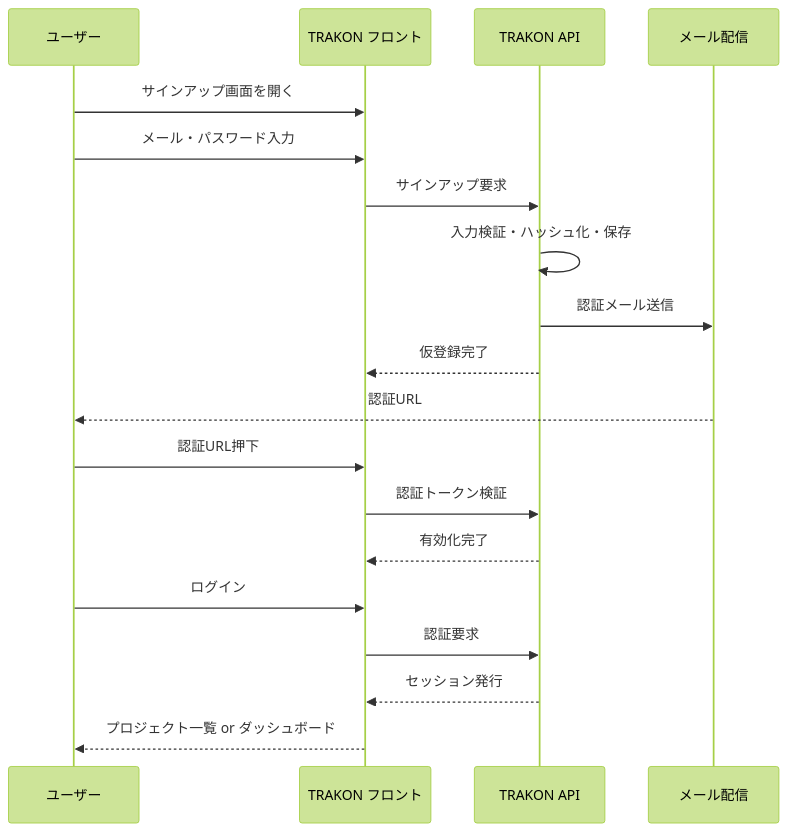
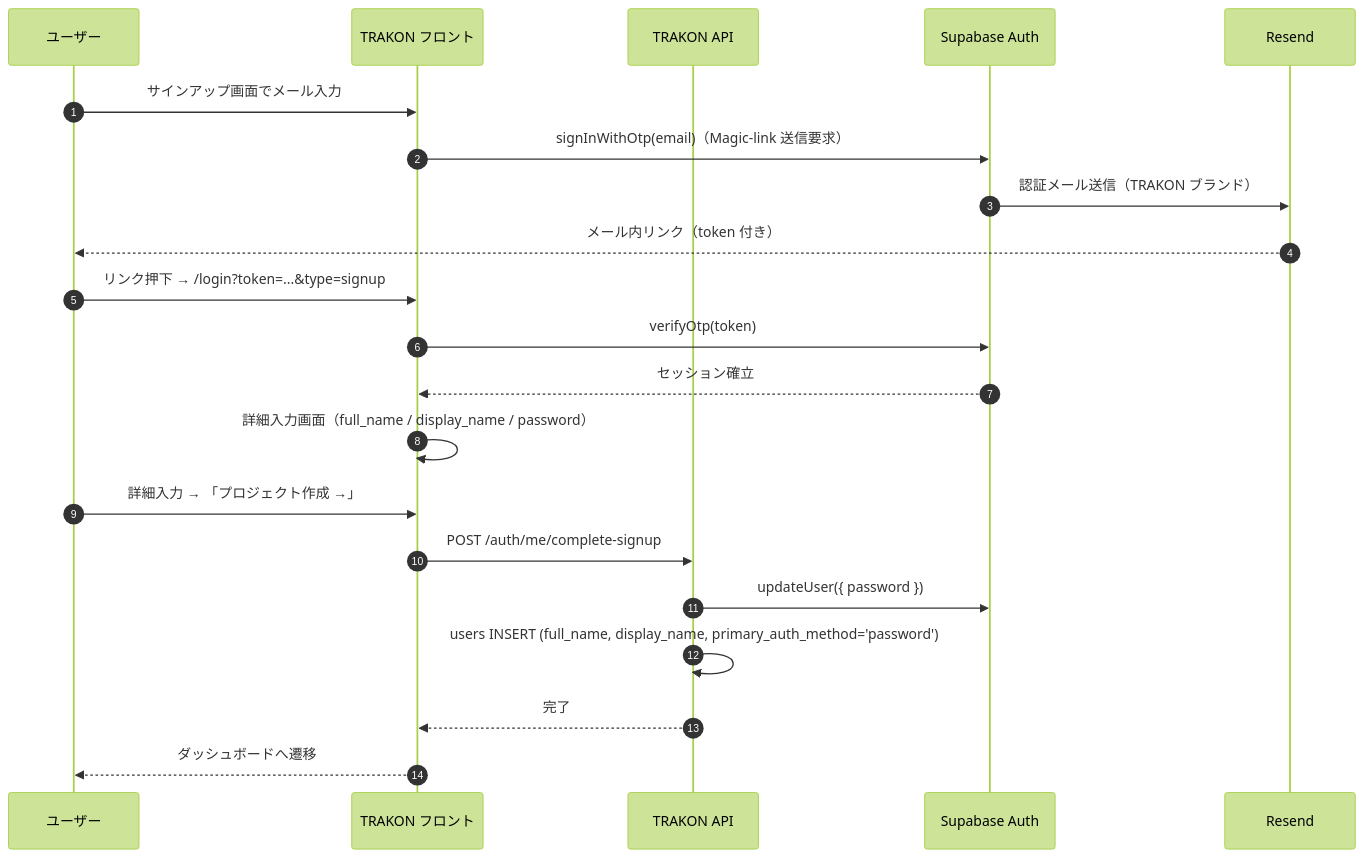
The fourth of 18 diagrams in docs/prd/trakon-prd.md (OSA-OSAMARU/trakon-app), drawn with Mermaid (forest theme) before and after one commit. The commit also changed other lines of this file and 6 other files, not shown here.

````diff
--- a/docs/prd/trakon-prd.md
+++ b/docs/prd/trakon-prd.md
@@ -612,21 +636,23 @@
 ```mermaid
 sequenceDiagram
+    autonumber
     participant U as ユーザー
     participant FE as TRAKON フロント
     participant API as TRAKON API
-    participant Mail as メール配信
-    U->>FE: サインアップ画面を開く
-    U->>FE: メール・パスワード入力
-    FE->>API: サインアップ要求
-    API->>API: 入力検証・ハッシュ化・保存
-    API->>Mail: 認証メール送信
-    API-->>FE: 仮登録完了
-    Mail-->>U: 認証URL
-    U->>FE: 認証URL押下
-    FE->>API: 認証トークン検証
-    API-->>FE: 有効化完了
-    U->>FE: ログイン
-    FE->>API: 認証要求
-    API-->>FE: セッション発行
-    FE-->>U: プロジェクト一覧 or ダッシュボード
+    participant SAuth as Supabase Auth
+    participant Mail as Resend
+    U->>FE: サインアップ画面でメール入力
+    FE->>SAuth: signInWithOtp(email)（Magic-link 送信要求）
+    SAuth->>Mail: 認証メール送信（TRAKON ブランド）
+    Mail-->>U: メール内リンク（token 付き）
+    U->>FE: リンク押下 → /login?token=...&type=signup
+    FE->>SAuth: verifyOtp(token)
+    SAuth-->>FE: セッション確立
+    FE->>FE: 詳細入力画面（full_name / display_name / password）
+    U->>FE: 詳細入力 → 「プロジェクト作成 →」
+    FE->>API: POST /auth/me/complete-signup
+    API->>SAuth: updateUser({ password })
+    API->>API: users INSERT (full_name, display_name, primary_auth_method='password')
+    API-->>FE: 完了
+    FE-->>U: ダッシュボードへ遷移
 ```
````
